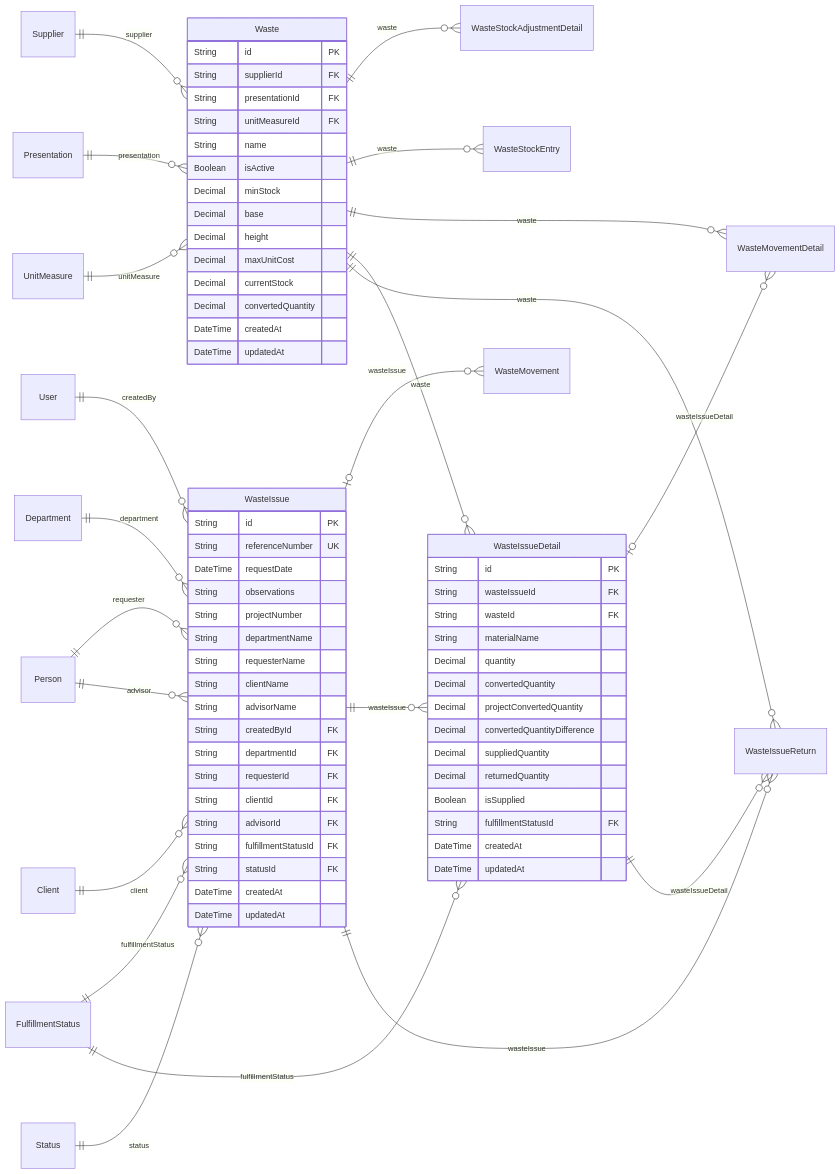
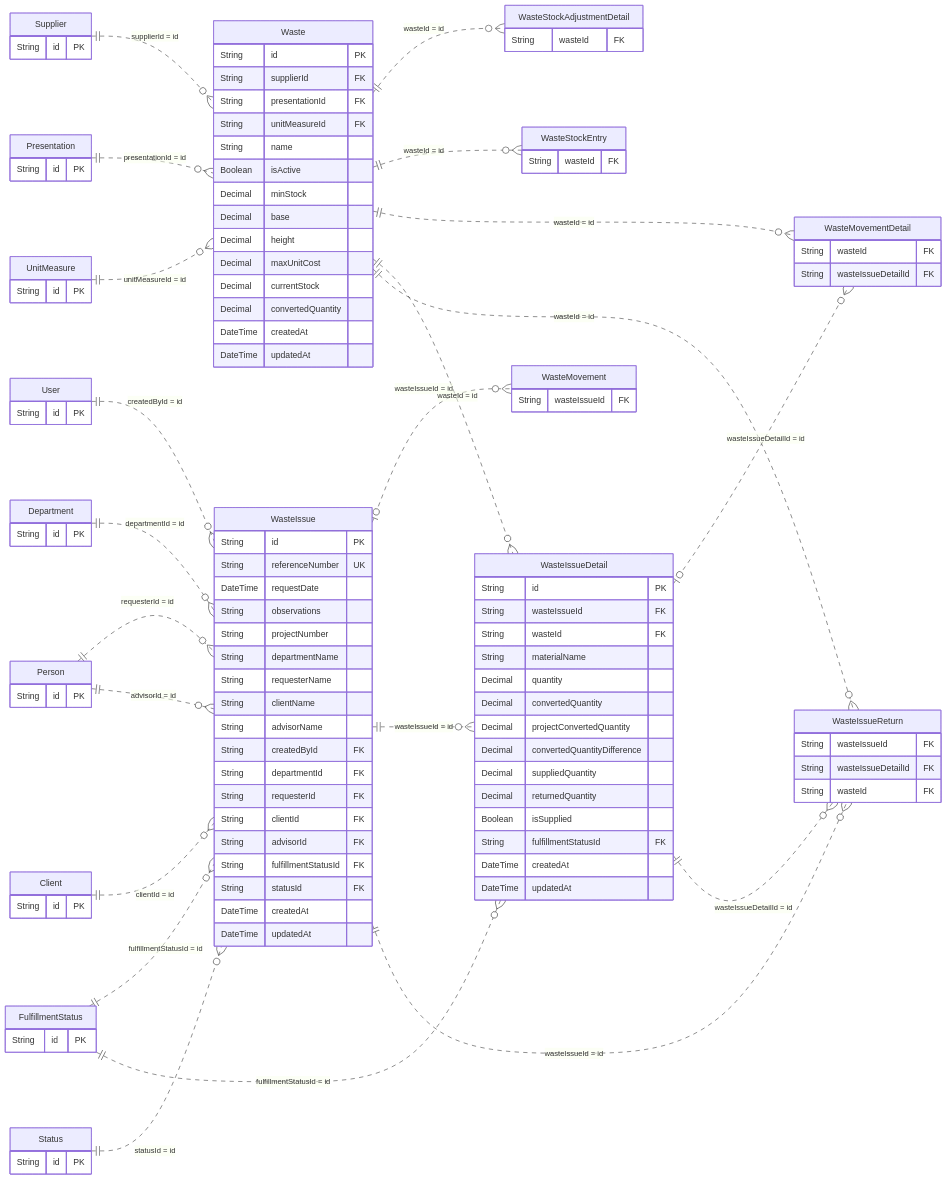
One commit to gpgsistemas01/nexus changed diagram 12 of 14 in docs/architecture/views/logical/data-and-persistence/generated/database-schema.md. Above: the diagram before and after it, drawn with Mermaid. The commit also changed other lines of this file and 20 other files, not shown here.

Commit message:
docs: corregir relaciones ER y notación UML de diagramas

````diff
--- a/docs/architecture/views/logical/data-and-persistence/generated/database-schema.md
+++ b/docs/architecture/views/logical/data-and-persistence/generated/database-schema.md
@@ -579,25 +841,70 @@
         DateTime createdAt
         DateTime updatedAt
     }
-    Supplier ||--o{ Waste : "supplier"
-    Presentation ||--o{ Waste : "presentation"
-    UnitMeasure ||--o{ Waste : "unitMeasure"
-    Waste ||--o{ WasteStockAdjustmentDetail : "waste"
-    WasteIssue o|--o{ WasteMovement : "wasteIssue"
-    Waste ||--o{ WasteStockEntry : "waste"
-    Waste ||--o{ WasteMovementDetail : "waste"
-    WasteIssueDetail o|--o{ WasteMovementDetail : "wasteIssueDetail"
-    User ||--o{ WasteIssue : "createdBy"
-    Department ||--o{ WasteIssue : "department"
-    Person ||--o{ WasteIssue : "requester"
-    Client ||--o{ WasteIssue : "client"
-    Person ||--o{ WasteIssue : "advisor"
-    FulfillmentStatus ||--o{ WasteIssue : "fulfillmentStatus"
-    Status ||--o{ WasteIssue : "status"
-    WasteIssue ||--o{ WasteIssueDetail : "wasteIssue"
-    Waste ||--o{ WasteIssueDetail : "waste"
-    FulfillmentStatus ||--o{ WasteIssueDetail : "fulfillmentStatus"
-    WasteIssue ||--o{ WasteIssueReturn : "wasteIssue"
-    WasteIssueDetail ||--o{ WasteIssueReturn : "wasteIssueDetail"
-    Waste ||--o{ WasteIssueReturn : "waste"
+    Supplier {
+        String id PK
+    }
+    Presentation {
+        String id PK
+    }
+    UnitMeasure {
+        String id PK
+    }
+    WasteStockAdjustmentDetail {
+        String wasteId FK
+    }
+    WasteMovement {
+        String wasteIssueId FK
+    }
+    WasteStockEntry {
+        String wasteId FK
+    }
+    WasteMovementDetail {
+        String wasteId FK
+        String wasteIssueDetailId FK
+    }
+    User {
+        String id PK
+    }
+    Department {
+        String id PK
+    }
+    Person {
+        String id PK
+    }
+    Client {
+        String id PK
+    }
+    FulfillmentStatus {
+        String id PK
+    }
+    Status {
+        String id PK
+    }
+    WasteIssueReturn {
+        String wasteIssueId FK
+        String wasteIssueDetailId FK
+        String wasteId FK
+    }
+    Supplier ||..o{ Waste : "supplierId = id"
+    Presentation ||..o{ Waste : "presentationId = id"
+    UnitMeasure ||..o{ Waste : "unitMeasureId = id"
+    Waste ||..o{ WasteStockAdjustmentDetail : "wasteId = id"
+    WasteIssue o|..o{ WasteMovement : "wasteIssueId = id"
+    Waste ||..o{ WasteStockEntry : "wasteId = id"
+    Waste ||..o{ WasteMovementDetail : "wasteId = id"
+    WasteIssueDetail o|..o{ WasteMovementDetail : "wasteIssueDetailId = id"
+    User ||..o{ WasteIssue : "createdById = id"
+    Department ||..o{ WasteIssue : "departmentId = id"
+    Person ||..o{ WasteIssue : "requesterId = id"
+    Client ||..o{ WasteIssue : "clientId = id"
+    Person ||..o{ WasteIssue : "advisorId = id"
+    FulfillmentStatus ||..o{ WasteIssue : "fulfillmentStatusId = id"
+    Status ||..o{ WasteIssue : "statusId = id"
+    WasteIssue ||..o{ WasteIssueDetail : "wasteIssueId = id"
+    Waste ||..o{ WasteIssueDetail : "wasteId = id"
+    FulfillmentStatus ||..o{ WasteIssueDetail : "fulfillmentStatusId = id"
+    WasteIssue ||..o{ WasteIssueReturn : "wasteIssueId = id"
+    WasteIssueDetail ||..o{ WasteIssueReturn : "wasteIssueDetailId = id"
+    Waste ||..o{ WasteIssueReturn : "wasteId = id"
 ```
````
